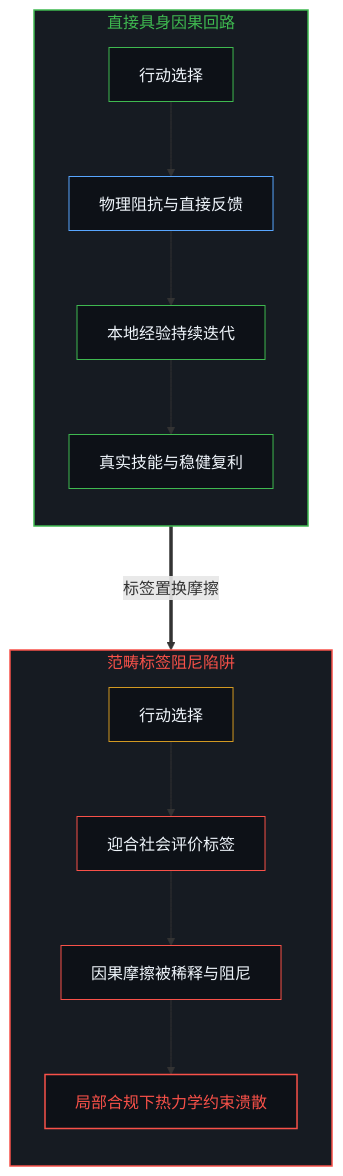
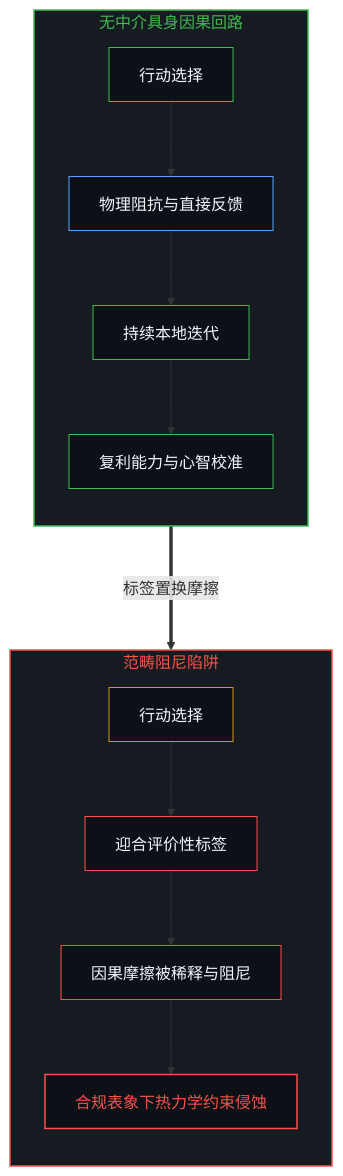
One commit to powerpig99/not-a-toe changed the fifth of 6 diagrams in content/posts/compulsory-kindness-and-the-obscuration-of-categorical-feedback.md. Above: the diagram before and after it, drawn with Mermaid. The commit also changed other lines of this file and 7 other files, not shown here.

````diff
--- a/content/posts/compulsory-kindness-and-the-obscuration-of-categorical-feedback.md
+++ b/content/posts/compulsory-kindness-and-the-obscuration-of-categorical-feedback.md
@@ -139,29 +133,26 @@
 ```mermaid
 flowchart TD
-    subgraph S_Physical["直接具身因果回路"]
+    subgraph S_Physical["无中介具身因果回路"]
         direction TB
         P1["行动选择"] --> P2["物理阻抗与直接反馈"]
-        P2 --> P3["本地经验持续迭代"]
-        P3 --> P4["真实技能与稳健复利"]
+        P2 --> P3["持续本地迭代"]
+        P3 --> P4["复利能力与心智校准"]
     end
-
-    subgraph S_Categorical["范畴标签阻尼陷阱"]
+    subgraph S_Categorical["范畴阻尼陷阱"]
         direction TB
-        C1["行动选择"] --> C2["迎合社会评价标签"]
+        C1["行动选择"] --> C2["迎合评价性标签"]
         C2 --> C3["因果摩擦被稀释与阻尼"]
-        C3 --> C4["局部合规下热力学约束溃散"]
+        C3 --> C4["合规表象下热力学约束侵蚀"]
     end
-
     P2 ===>|"标签置换摩擦"| C2
-
     style S_Physical fill:#161b22,stroke:#3fb950,stroke-width:1.5px,color:#3fb950
     style S_Categorical fill:#161b22,stroke:#f85149,stroke-width:1.5px,color:#f85149
     style P1 fill:#0d1117,stroke:#3fb950,stroke-width:1px,color:#f0f6fc
     style P2 fill:#0d1117,stroke:#58a6ff,stroke-width:1px,color:#f0f6fc
     style P3 fill:#0d1117,stroke:#3fb950,stroke-width:1px,color:#f0f6fc
     style P4 fill:#0d1117,stroke:#3fb950,stroke-width:1px,color:#f0f6fc
     style C1 fill:#0d1117,stroke:#d29922,stroke-width:1px,color:#f0f6fc
     style C2 fill:#0d1117,stroke:#f85149,stroke-width:1px,color:#f0f6fc
     style C3 fill:#0d1117,stroke:#f85149,stroke-width:1px,color:#f0f6fc
     style C4 fill:#0d1117,stroke:#f85149,stroke-width:1.5px,color:#f85149
 ```
````
